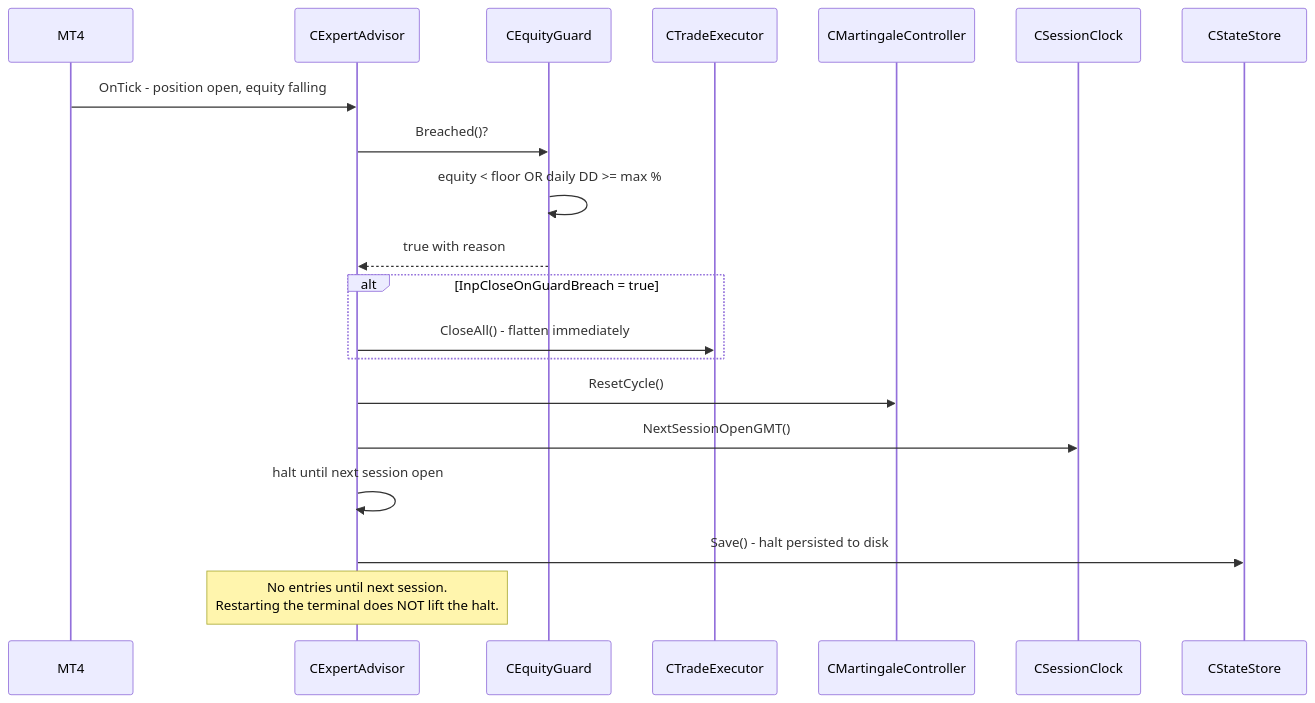
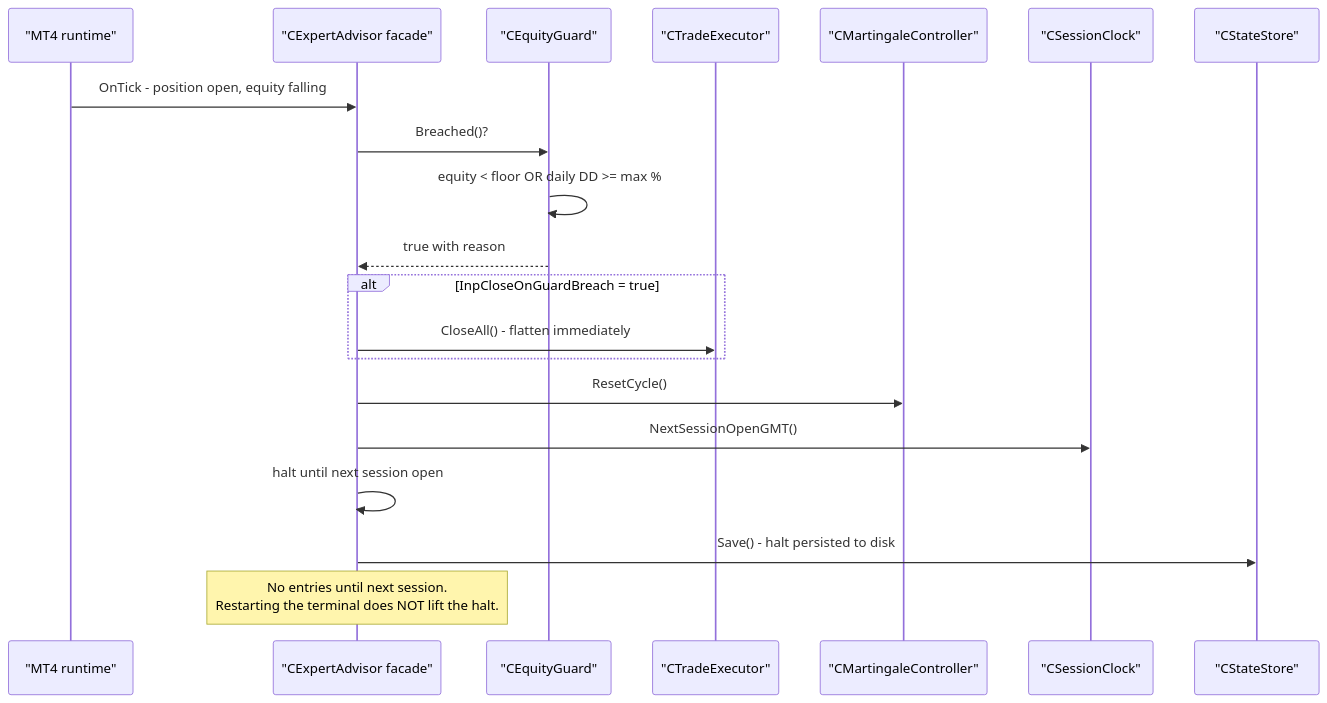
Before and after one commit to nhasibuan/oneminuteman: the sixth of 7 diagrams in README.md, drawn with Mermaid. The commit also changed other lines of this file and 1 other file, not shown here.

````diff
--- a/README.md
+++ b/README.md
@@ -427,23 +474,23 @@
 ```mermaid
 sequenceDiagram
-    participant MT4
-    participant EA as CExpertAdvisor
-    participant Guard as CEquityGuard
-    participant Exec as CTradeExecutor
-    participant Mart as CMartingaleController
-    participant Clock as CSessionClock
-    participant Store as CStateStore
+    participant MT4 as "MT4 runtime"
+    participant EA as "CExpertAdvisor facade"
+    participant Guard as "CEquityGuard"
+    participant Exec as "CTradeExecutor"
+    participant Mart as "CMartingaleController"
+    participant Clock as "CSessionClock"
+    participant Store as "CStateStore"
 
     MT4->>EA: OnTick - position open, equity falling
     EA->>Guard: Breached()?
     Guard->>Guard: equity < floor OR daily DD >= max %
     Guard-->>EA: true with reason
     alt InpCloseOnGuardBreach = true
         EA->>Exec: CloseAll() - flatten immediately
     end
     EA->>Mart: ResetCycle()
     EA->>Clock: NextSessionOpenGMT()
     EA->>EA: halt until next session open
     EA->>Store: Save() - halt persisted to disk
     Note over EA: No entries until next session.<br/>Restarting the terminal does NOT lift the halt.
 ```
````
